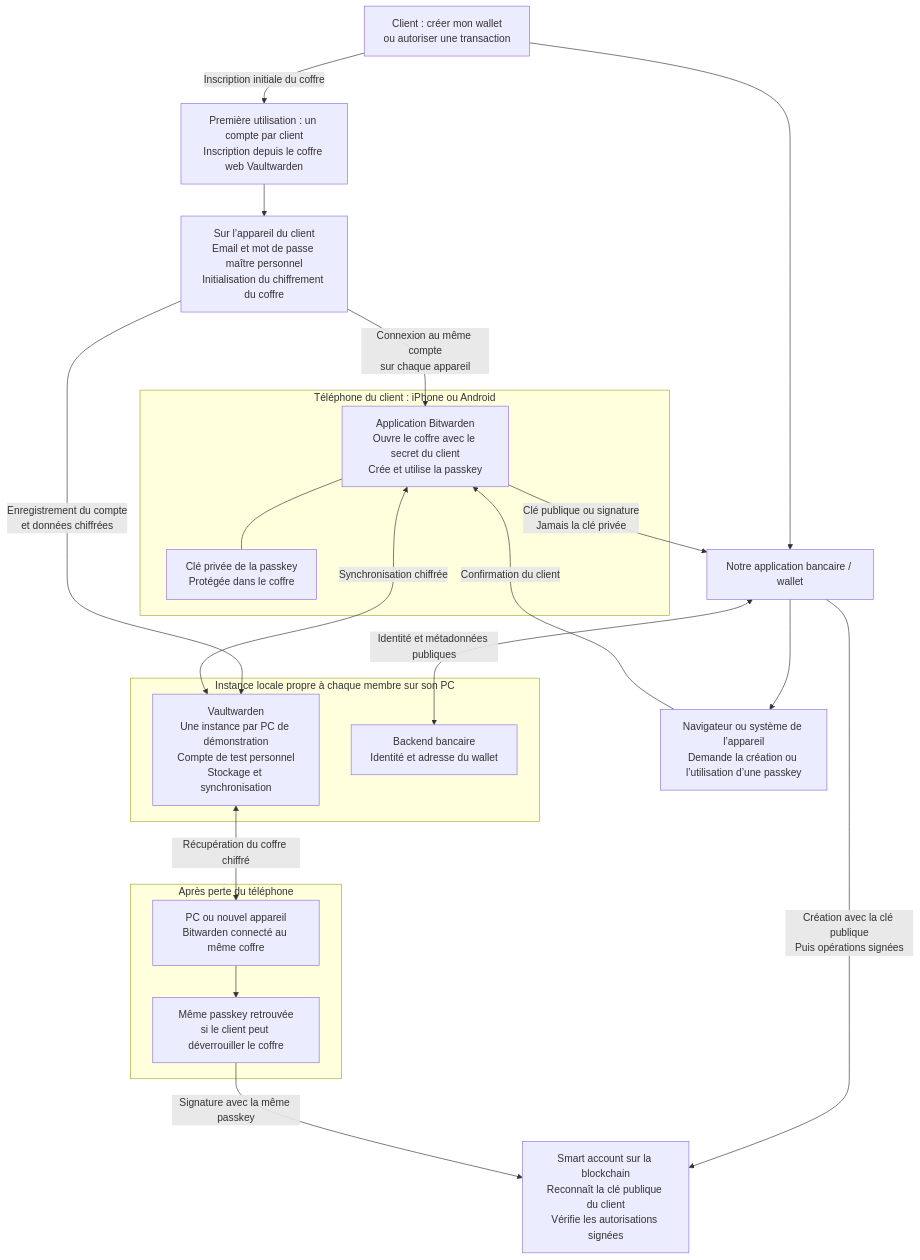
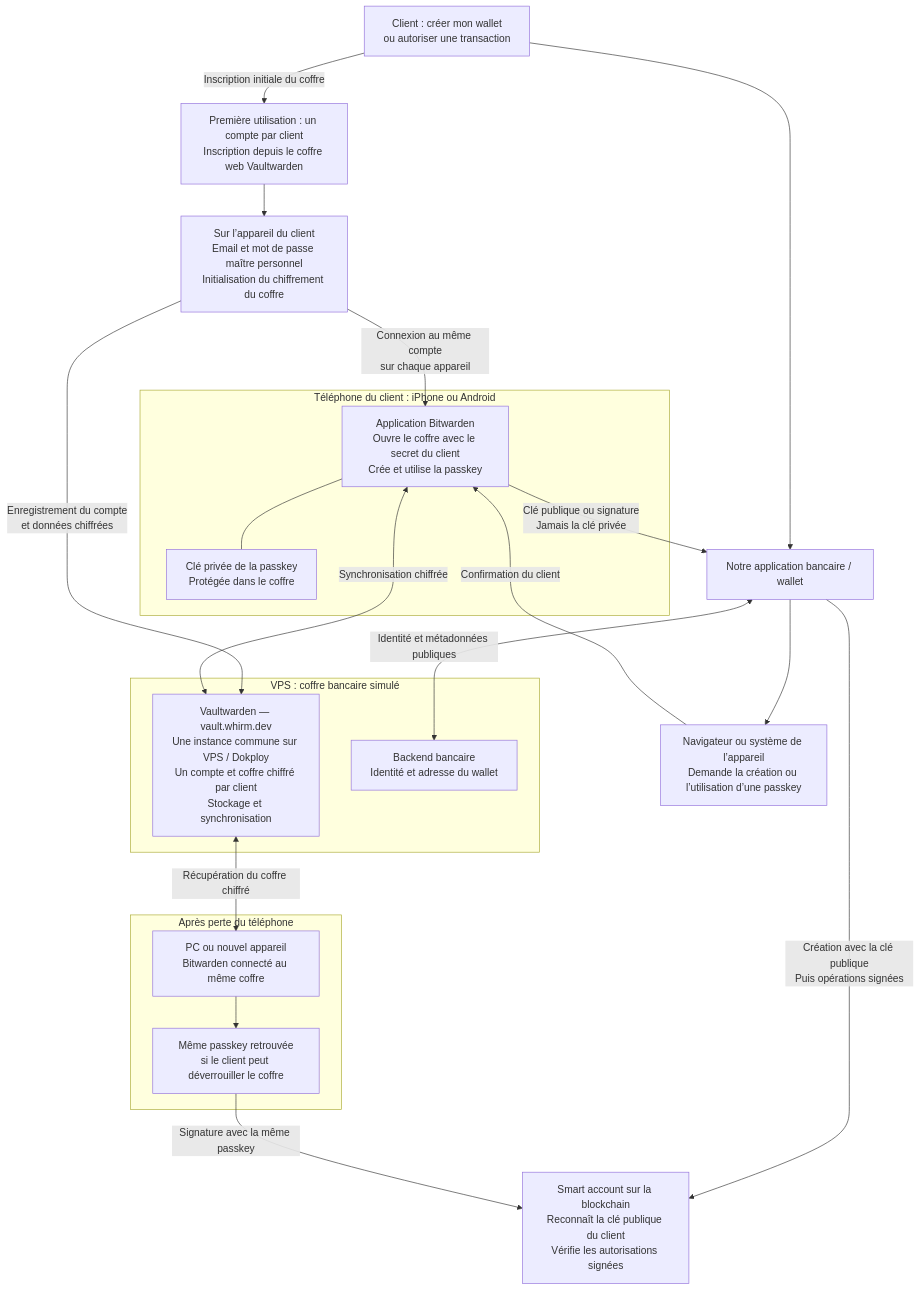
The diagram in docs/schema.md (whirm-hackaton/whirm-vault-poc), drawn with Mermaid before and after one commit. The commit also changed other lines of this file and 8 other files, not shown here.

Commit message:
Use VPS and Dokploy exclusively across guides and diagrams; remove local setup

````diff
--- a/docs/schema.md
+++ b/docs/schema.md
@@ -5,45 +5,45 @@
 ```mermaid
 flowchart TB
     U["Client : créer mon wallet<br/>ou autoriser une transaction"]
     APP["Notre application bancaire / wallet"]
     OS["Navigateur ou système de l’appareil<br/>Demande la création ou l’utilisation d’une passkey"]
 
     REG["Première utilisation : un compte par client<br/>Inscription depuis le coffre web Vaultwarden"]
     INIT["Sur l’appareil du client<br/>Email et mot de passe maître personnel<br/>Initialisation du chiffrement du coffre"]
     U -->|"Inscription initiale du coffre"| REG
     REG --> INIT
     INIT -->|"Enregistrement du compte<br/>et données chiffrées"| VW
     INIT -->|"Connexion au même compte<br/>sur chaque appareil"| BW
 
     U --> APP
     APP --> OS
 
     subgraph TEL["Téléphone du client : iPhone ou Android"]
         BW["Application Bitwarden<br/>Ouvre le coffre avec le secret du client<br/>Crée et utilise la passkey"]
         KEY["Clé privée de la passkey<br/>Protégée dans le coffre"]
         BW --- KEY
     end
 
     OS -->|"Confirmation du client"| BW
     BW -->|"Clé publique ou signature<br/>Jamais la clé privée"| APP
 
-    subgraph BANK["Instance locale propre à chaque membre sur son PC"]
-        VW["Vaultwarden<br/>Une instance par PC de démonstration<br/>Compte de test personnel<br/>Stockage et synchronisation"]
+    subgraph BANK["VPS : coffre bancaire simulé"]
+        VW["Vaultwarden — vault.whirm.dev<br/>Une instance commune sur VPS / Dokploy<br/>Un compte et coffre chiffré par client<br/>Stockage et synchronisation"]
         API["Backend bancaire<br/>Identité et adresse du wallet"]
     end
 
     BW <-->|"Synchronisation chiffrée"| VW
     APP <-->|"Identité et métadonnées publiques"| API
 
     WALLET["Smart account sur la blockchain<br/>Reconnaît la clé publique du client<br/>Vérifie les autorisations signées"]
     APP -->|"Création avec la clé publique<br/>Puis opérations signées"| WALLET
 
     subgraph RECOVERY["Après perte du téléphone"]
         NEW["PC ou nouvel appareil<br/>Bitwarden connecté au même coffre"]
         ACCESS["Même passkey retrouvée<br/>si le client peut déverrouiller le coffre"]
         NEW --> ACCESS
     end
 
     VW <-->|"Récupération du coffre chiffré"| NEW
     ACCESS -->|"Signature avec la même passkey"| WALLET
 ```
````
